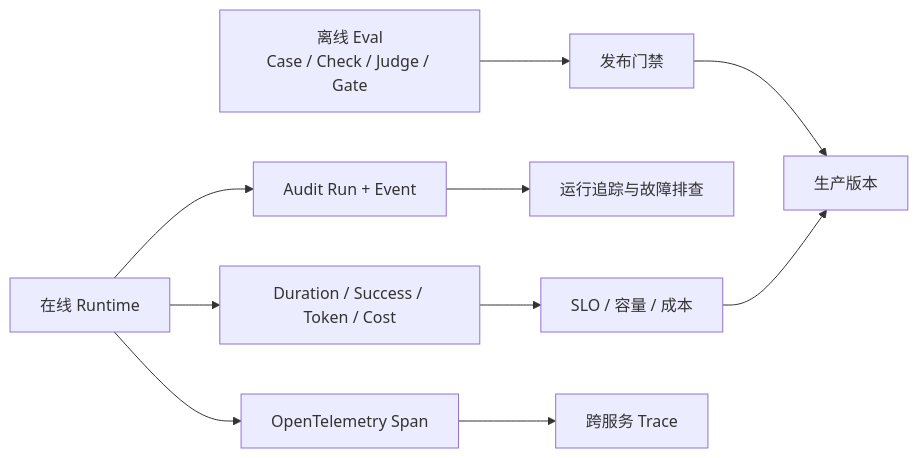
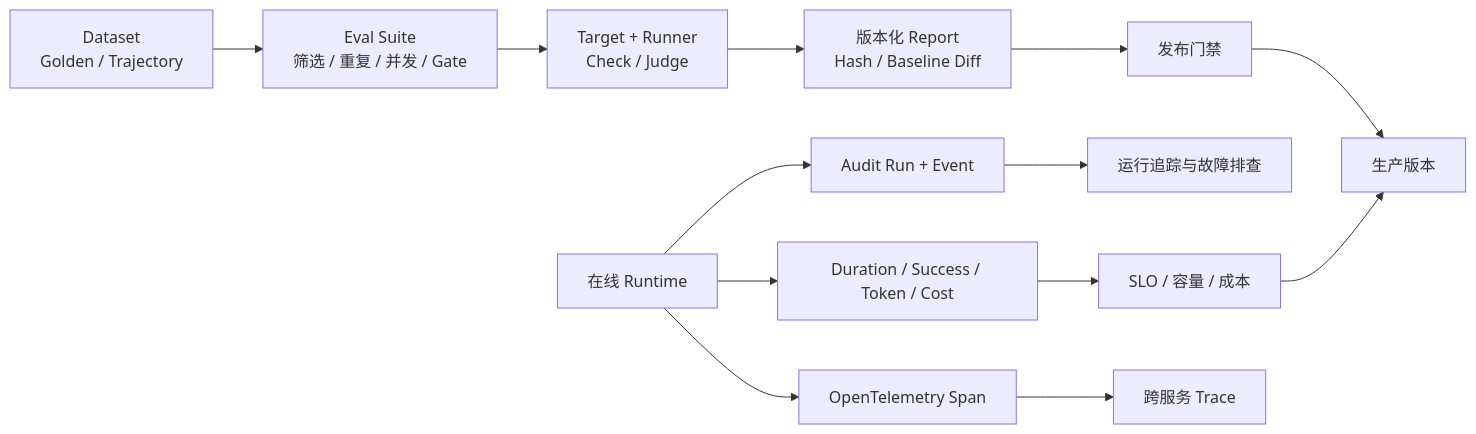
Before and after one commit to leo-cai-ai/agentkit: the first of 4 diagrams in docs/framework/08_EVALUATION_OBSERVABILITY_AND_COST.md, drawn with Mermaid. The commit also changed other lines of this file and 18 other files, not shown here.

````diff
--- a/docs/framework/08_EVALUATION_OBSERVABILITY_AND_COST.md
+++ b/docs/framework/08_EVALUATION_OBSERVABILITY_AND_COST.md
@@ -16,12 +16,15 @@
 ```mermaid
 flowchart LR
-    Offline[离线 Eval<br/>Case / Check / Judge / Gate] --> Release[发布门禁]
+    Dataset[Dataset<br/>Golden / Trajectory] --> Suite[Eval Suite<br/>筛选 / 重复 / 并发 / Gate]
+    Suite --> Offline[Target + Runner<br/>Check / Judge]
+    Offline --> Report[版本化 Report<br/>Hash / Baseline Diff]
+    Report --> Release[发布门禁]
     Runtime[在线 Runtime] --> Audit[Audit Run + Event]
     Runtime --> Metrics[Duration / Success / Token / Cost]
     Runtime --> Trace[OpenTelemetry Span]
     Audit --> Diagnose[运行追踪与故障排查]
     Metrics --> SLO[SLO / 容量 / 成本]
     Trace --> Distributed[跨服务 Trace]
     Release --> Production[生产版本]
     SLO --> Production
 ```
````
